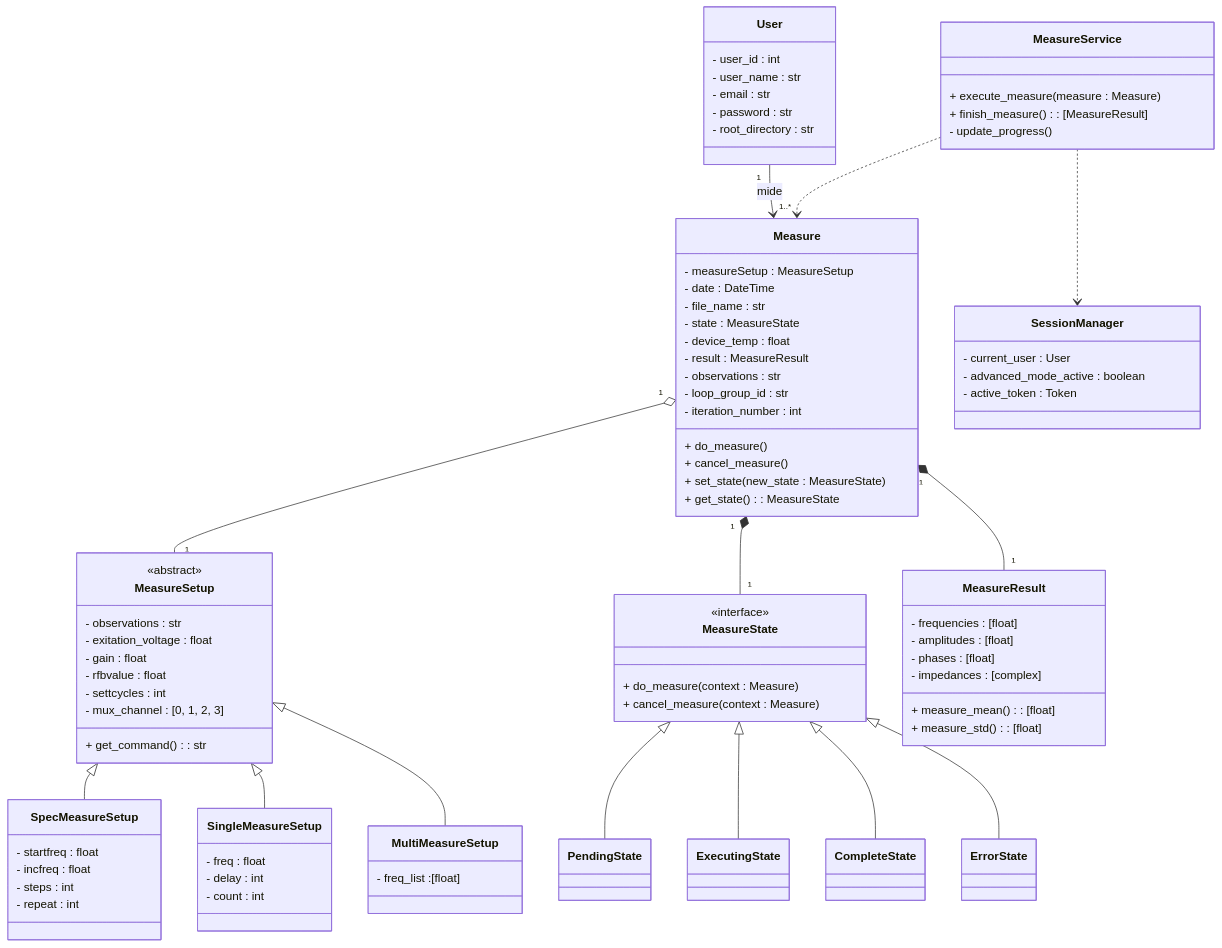
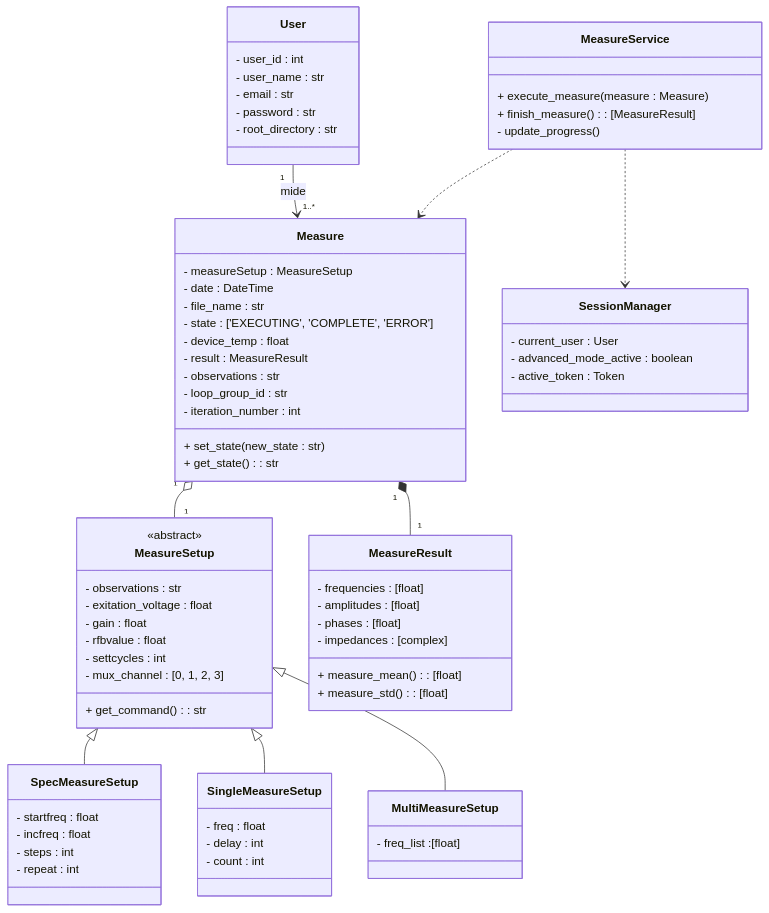
The fourth of 6 diagrams in Gmini-MarkDown/Diagramas/Clases Conceptuales.md (alegrelias/Repo-GMini), drawn with Mermaid before and after one commit. The commit also changed other lines of this file, not shown here.

Commit message:
Se modifica diagrama de clases

```diff
--- a/Gmini-MarkDown/Diagramas/Clases Conceptuales.md
+++ b/Gmini-MarkDown/Diagramas/Clases Conceptuales.md
@@ -435,11 +424,6 @@
 MeasureSetup <|-- SpecMeasureSetup
 MeasureSetup <|-- SingleMeasureSetup
 MeasureSetup <|-- MultiMeasureSetup
-
-MeasureState <|-- PendingState
-MeasureState <|-- ExecutingState
-MeasureState <|-- CompleteState
-MeasureState <|-- ErrorState
 
 %% clases
 class User {
@@ -455,16 +439,14 @@
 	- measureSetup : MeasureSetup
 	- date : DateTime
 	- file_name : str
-	- state : MeasureState
+	- state : ['EXECUTING', 'COMPLETE', 'ERROR']
 	- device_temp : float
 	- result : MeasureResult
 	- observations : str
 	- loop_group_id : str
 	- iteration_number : int
-	+ do_measure()
-	+ cancel_measure()
-	+ set_state(new_state : MeasureState)
-	+ get_state() : MeasureState
+	+ set_state(new_state : str)
+	+ get_state() : str
 }
 
 class SessionManager{
@@ -513,22 +495,11 @@
 	- update_progress()
 }
 
-class MeasureState{
-	 <<interface>>
-	 + do_measure(context : Measure)
-	 + cancel_measure(context : Measure)
-}
-class PendingState
-class ExecutingState
-class CompleteState
-class ErrorState
-
 %% relaciones
 User "1"-->"1..*" Measure : mide
 
 Measure "1"o--"1" MeasureSetup
 Measure "1"*--"1" MeasureResult
-Measure "1"*--"1" MeasureState
 
 MeasureService ..> Measure
 MeasureService ..> SessionManager
```
